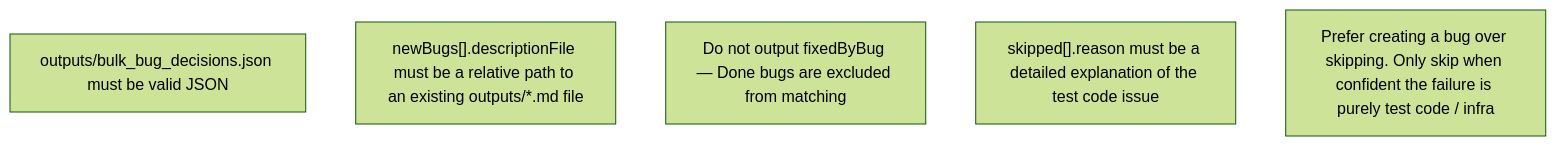
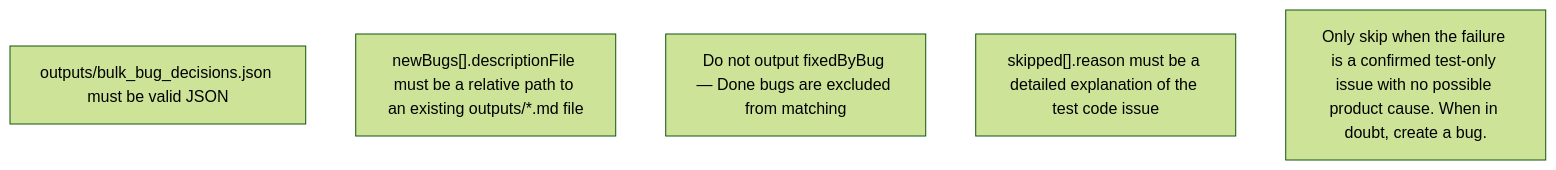
Before and after one commit to IstiN/dmtools-agents: the diagram in instructions/bulk_bugs_creation/formatting_rules.md, drawn with Mermaid (forest theme). The commit also changed 3 other files, not shown here.

Commit message:
feat(bulk-bugs): never skip infra/env failures; always create bugs so they flow through bug-fix pipeline

````diff
--- a/instructions/bulk_bugs_creation/formatting_rules.md
+++ b/instructions/bulk_bugs_creation/formatting_rules.md
@@ -1,8 +1,8 @@
 ```mermaid
 flowchart TD
     F1["outputs/bulk_bug_decisions.json must be valid JSON"]
     F2["newBugs[].descriptionFile must be a relative path to an existing outputs/*.md file"]
     F3["Do not output fixedByBug — Done bugs are excluded from matching"]
     F4["skipped[].reason must be a detailed explanation of the test code issue"]
-    F5["Prefer creating a bug over skipping. Only skip when confident the failure is purely test code / infra"]
+    F5["Only skip when the failure is a confirmed test-only issue with no possible product cause. When in doubt, create a bug."]
 ```
````
